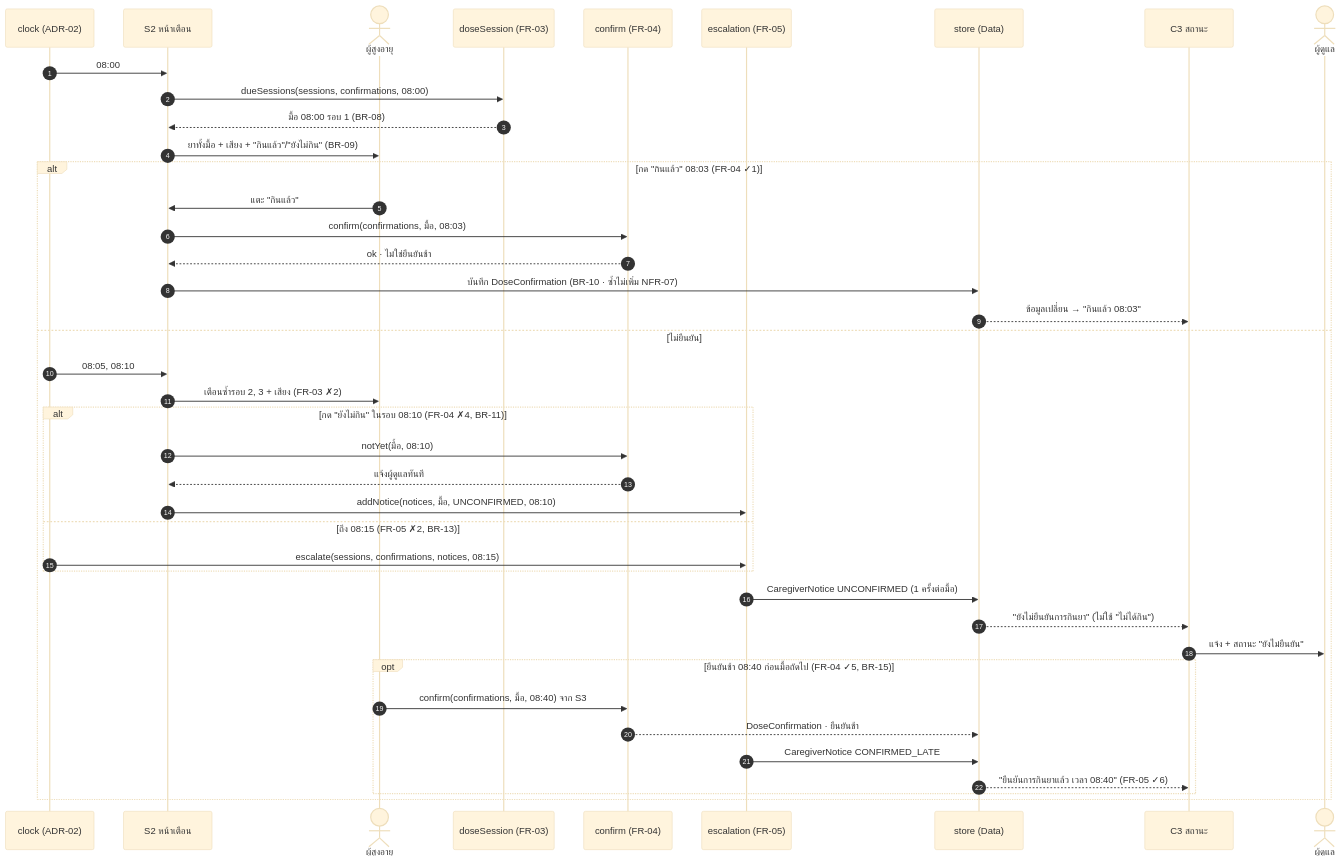
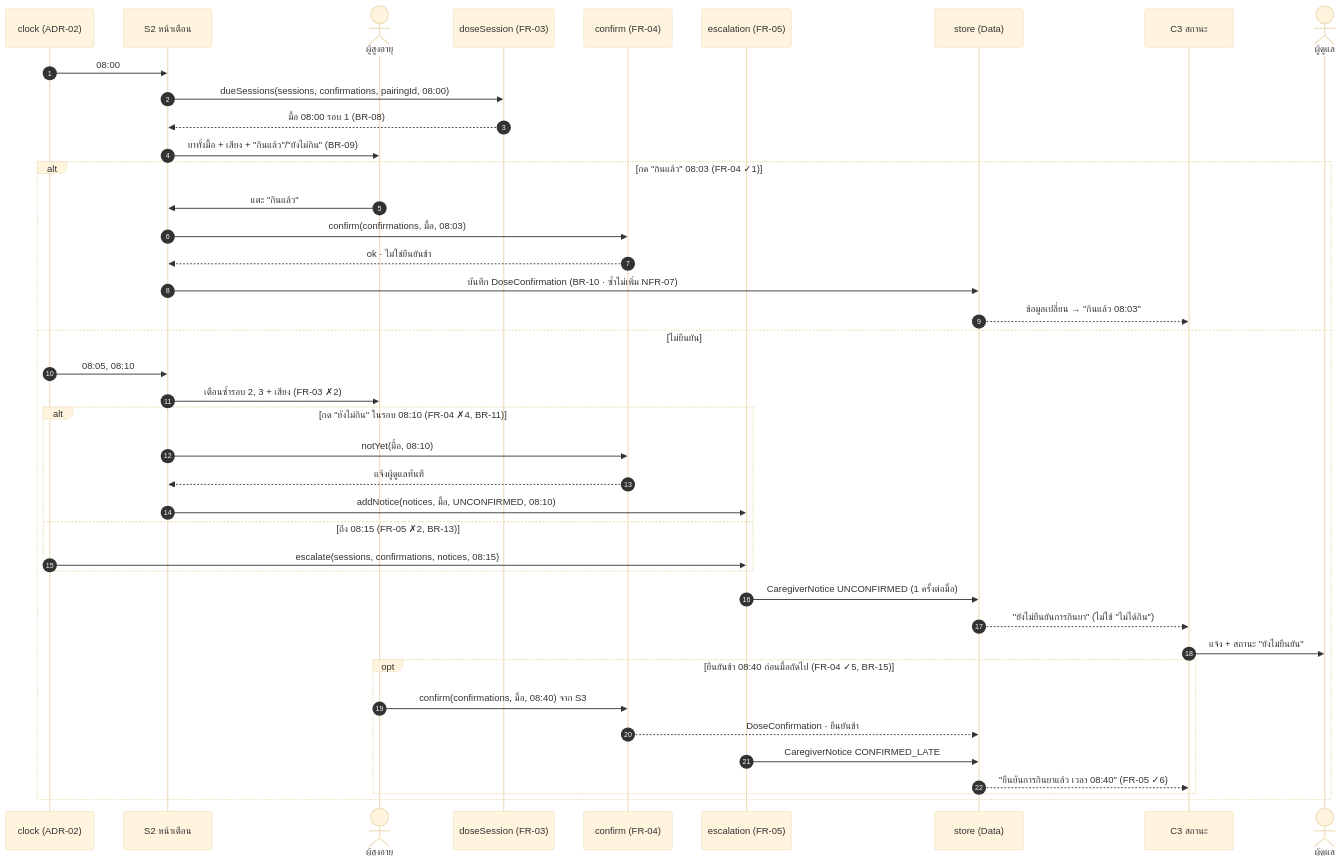
Before and after one commit to yaroo393-png/MedMind_webapp: the fourth of 8 diagrams in docs/03-design/architecture.md, drawn with Mermaid (base theme). The commit also changed other lines of this file and 15 other files, not shown here.

````diff
--- a/docs/03-design/architecture.md
+++ b/docs/03-design/architecture.md
@@ -170,44 +170,44 @@
 ```mermaid
 sequenceDiagram
     autonumber
     participant CLK as clock (ADR-02)
     participant S2 as S2 หน้าเตือน
     actor Senior as ผู้สูงอายุ
     participant DS as doseSession (FR-03)
     participant CF as confirm (FR-04)
     participant ES as escalation (FR-05)
     participant ST as store (Data)
     participant C3 as C3 สถานะ
     actor Caregiver as ผู้ดูแล
 
     CLK->>S2: 08:00
-    S2->>DS: dueSessions(sessions, confirmations, 08:00)
+    S2->>DS: dueSessions(sessions, confirmations, pairingId, 08:00)
     DS-->>S2: มื้อ 08:00 รอบ 1 (BR-08)
     S2->>Senior: ยาทั้งมื้อ + เสียง + "กินแล้ว"/"ยังไม่กิน" (BR-09)
     alt กด "กินแล้ว" 08:03 (FR-04 ✓1)
         Senior->>S2: แตะ "กินแล้ว"
         S2->>CF: confirm(confirmations, มื้อ, 08:03)
         CF-->>S2: ok · ไม่ใช่ยืนยันช้า
         S2->>ST: บันทึก DoseConfirmation (BR-10 · ซ้ำไม่เพิ่ม NFR-07)
         ST-->>C3: ข้อมูลเปลี่ยน → "กินแล้ว 08:03"
     else ไม่ยืนยัน
         CLK->>S2: 08:05, 08:10
         S2->>Senior: เตือนซ้ำรอบ 2, 3 + เสียง (FR-03 ✗2)
         alt กด "ยังไม่กิน" ในรอบ 08:10 (FR-04 ✗4, BR-11)
             S2->>CF: notYet(มื้อ, 08:10)
             CF-->>S2: แจ้งผู้ดูแลทันที
             S2->>ES: addNotice(notices, มื้อ, UNCONFIRMED, 08:10)
         else ถึง 08:15 (FR-05 ✗2, BR-13)
             CLK->>ES: escalate(sessions, confirmations, notices, 08:15)
         end
         ES->>ST: CaregiverNotice UNCONFIRMED (1 ครั้งต่อมื้อ)
         ST-->>C3: "ยังไม่ยืนยันการกินยา" (ไม่ใช้ "ไม่ได้กิน")
         C3->>Caregiver: แจ้ง + สถานะ "ยังไม่ยืนยัน"
         opt ยืนยันช้า 08:40 ก่อนมื้อถัดไป (FR-04 ✓5, BR-15)
             Senior->>CF: confirm(confirmations, มื้อ, 08:40) จาก S3
             CF-->>ST: DoseConfirmation · ยืนยันช้า
             ES->>ST: CaregiverNotice CONFIRMED_LATE
             ST-->>C3: "ยืนยันการกินยาแล้ว เวลา 08:40" (FR-05 ✓6)
         end
     end
 ```
````
